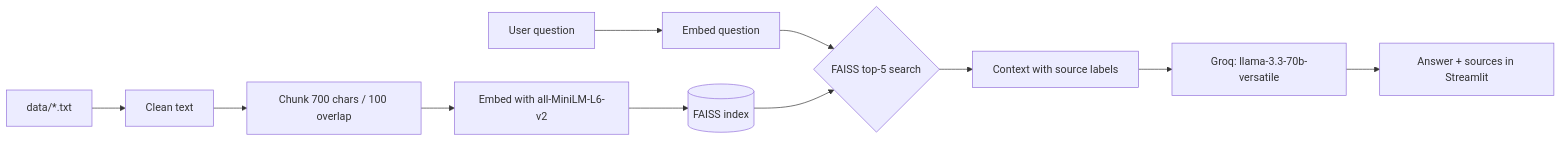
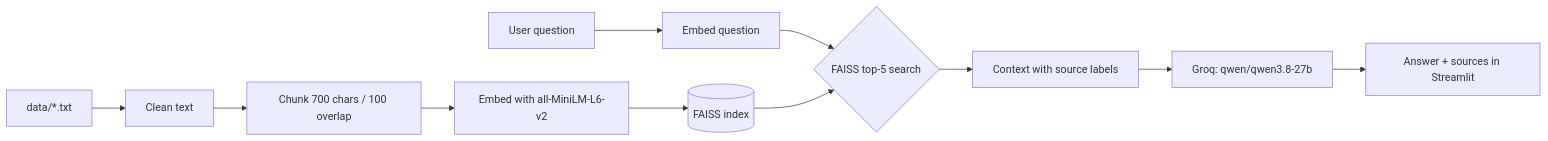
Before and after one commit to OomyKung/NLP-SubTest2: the diagram in README.md, drawn with Mermaid. The commit also changed other lines of this file and 1 other file, not shown here.

````diff
--- a/README.md
+++ b/README.md
@@ -71,13 +71,13 @@
 ```mermaid
 flowchart LR
     A[data/*.txt] --> B[Clean text]
     B --> C[Chunk 700 chars / 100 overlap]
     C --> D[Embed with all-MiniLM-L6-v2]
     D --> E[(FAISS index)]
     Q[User question] --> F[Embed question]
     F --> G{FAISS top-5 search}
     E --> G
     G --> H[Context with source labels]
-    H --> I[Groq: llama-3.3-70b-versatile]
+    H --> I[Groq: qwen/qwen3.8-27b]
     I --> J[Answer + sources in Streamlit]
 ```
````
